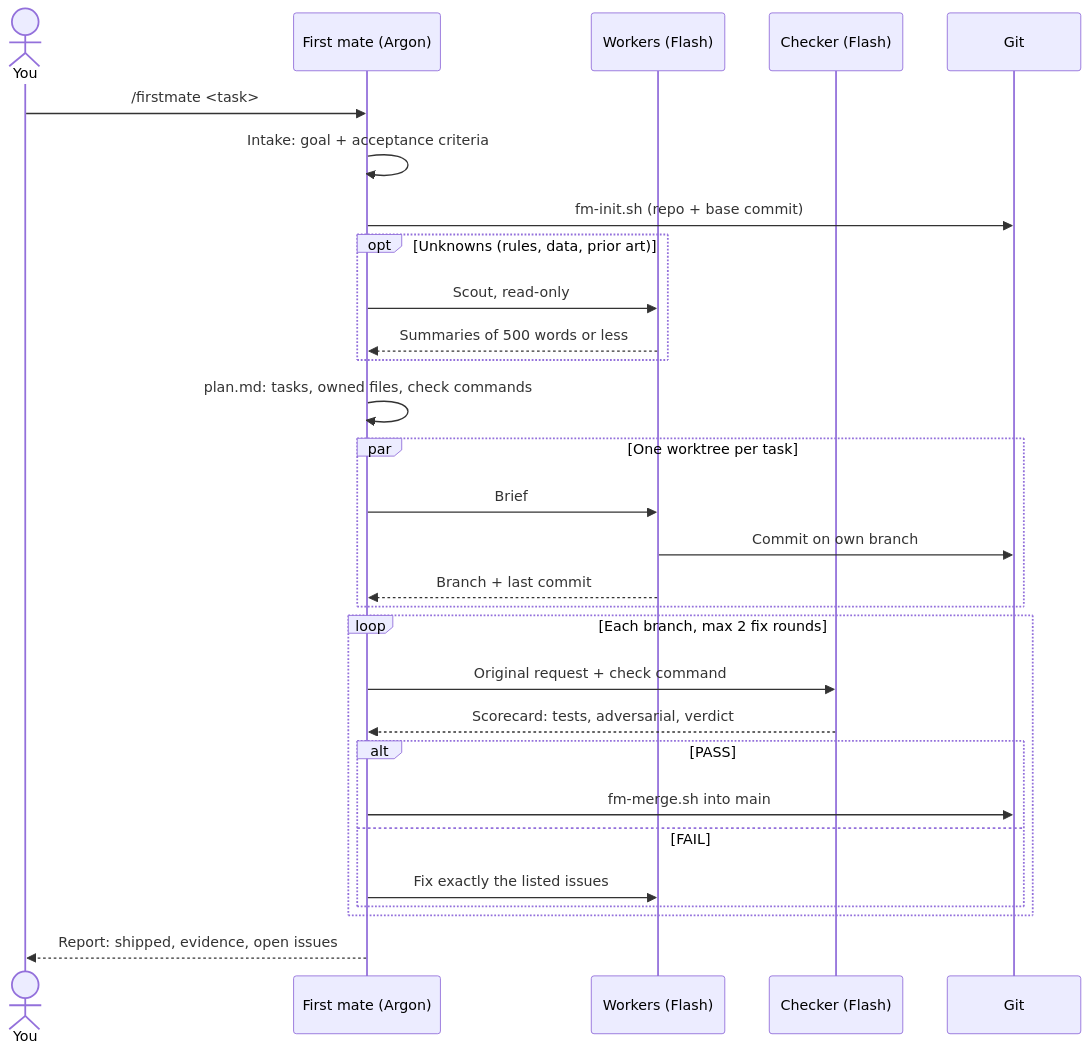
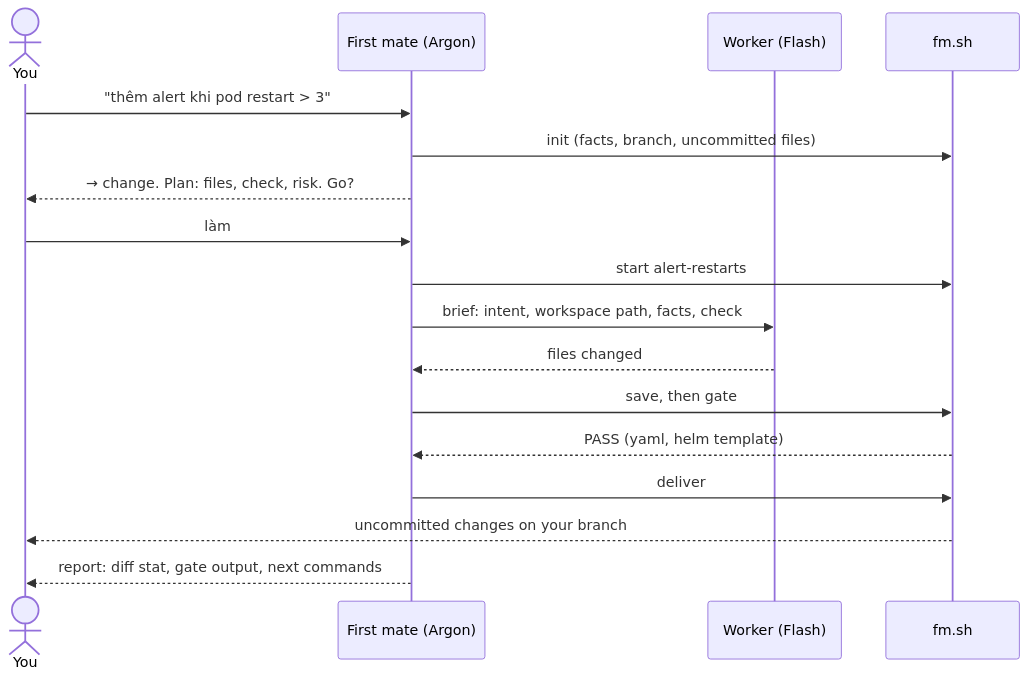
The second of 4 diagrams in docs/architecture.md (cuongtt0201/antigravity-firstmate), drawn with Mermaid before and after one commit. The commit also changed other lines of this file and 18 other files, not shown here.

First line of the commit message:
v0.8.0: everyday mode (ask, investigate, change) with the model's own workspace

````diff
--- a/docs/architecture.md
+++ b/docs/architecture.md
@@ -56,32 +63,19 @@
 ```mermaid
 sequenceDiagram
   actor C as You
   participant F as First mate (Argon)
-  participant W as Workers (Flash)
-  participant K as Checker (Flash)
-  participant G as Git
-
-  C->>F: /firstmate <task>
-  F->>F: Intake: goal + acceptance criteria
-  F->>G: fm-init.sh (repo + base commit)
-  opt Unknowns (rules, data, prior art)
-    F->>W: Scout, read-only
-    W-->>F: Summaries of 500 words or less
-  end
-  F->>F: plan.md: tasks, owned files, check commands
-  par One worktree per task
-    F->>W: Brief
-    W->>G: Commit on own branch
-    W-->>F: Branch + last commit
-  end
-  loop Each branch, max 2 fix rounds
-    F->>K: Original request + check command
-    K-->>F: Scorecard: tests, adversarial, verdict
-    alt PASS
-      F->>G: fm-merge.sh into main
-    else FAIL
-      F->>W: Fix exactly the listed issues
-    end
-  end
-  F-->>C: Report: shipped, evidence, open issues
+  participant W as Worker (Flash)
+  participant S as fm.sh
+  C->>F: "thêm alert khi pod restart > 3"
+  F->>S: init (facts, branch, uncommitted files)
+  F-->>C: → change. Plan: files, check, risk. Go?
+  C->>F: làm
+  F->>S: start alert-restarts
+  F->>W: brief: intent, workspace path, facts, check
+  W-->>F: files changed
+  F->>S: save, then gate
+  S-->>F: PASS (yaml, helm template)
+  F->>S: deliver
+  S-->>C: uncommitted changes on your branch
+  F-->>C: report: diff stat, gate output, next commands
 ```
````
